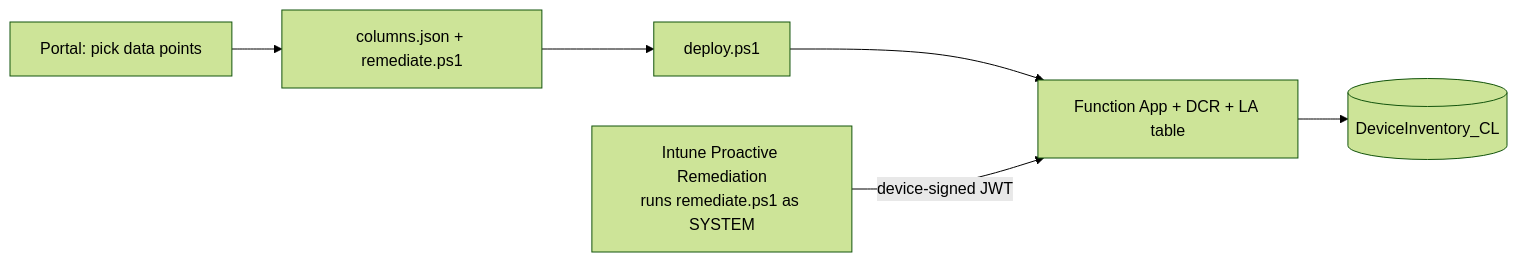
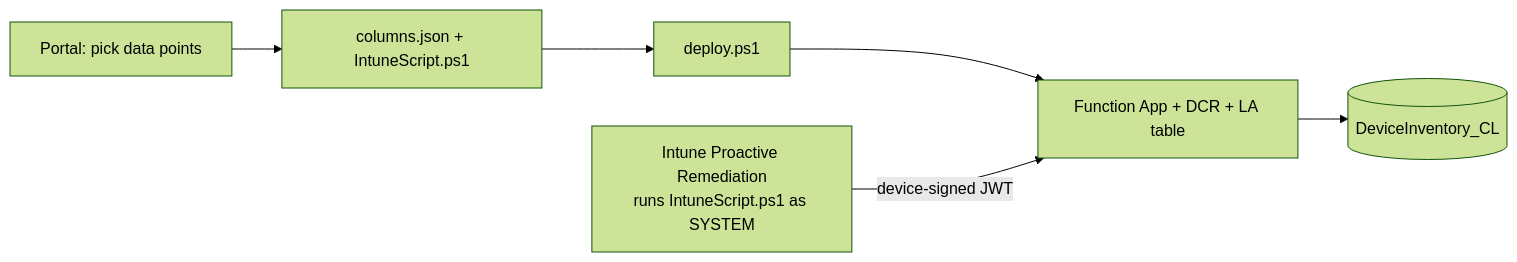
The diagram in README.md (sandytsang/LogIngestionPortal), drawn with Mermaid (forest theme) before and after one commit. The commit also changed other lines of this file and 30 other files, not shown here.

First line of the commit message:
Bundle full LogIngestionAPI in portal download; lock IntuneScriptVersion; rename remediate.ps1 to IntuneScript.ps1

````diff
--- a/README.md
+++ b/README.md
@@ -21,8 +21,8 @@
 ```mermaid
 flowchart LR
-  A[Portal: pick data points] --> B[columns.json + remediate.ps1]
+  A[Portal: pick data points] --> B[columns.json + IntuneScript.ps1]
   B --> C[deploy.ps1]
   C --> D[Function App + DCR + LA table]
-  E[Intune Proactive Remediation<br/>runs remediate.ps1 as SYSTEM] -->|device-signed JWT| D
+  E[Intune Proactive Remediation<br/>runs IntuneScript.ps1 as SYSTEM] -->|device-signed JWT| D
   D --> F[(DeviceInventory_CL)]
 ```
````
